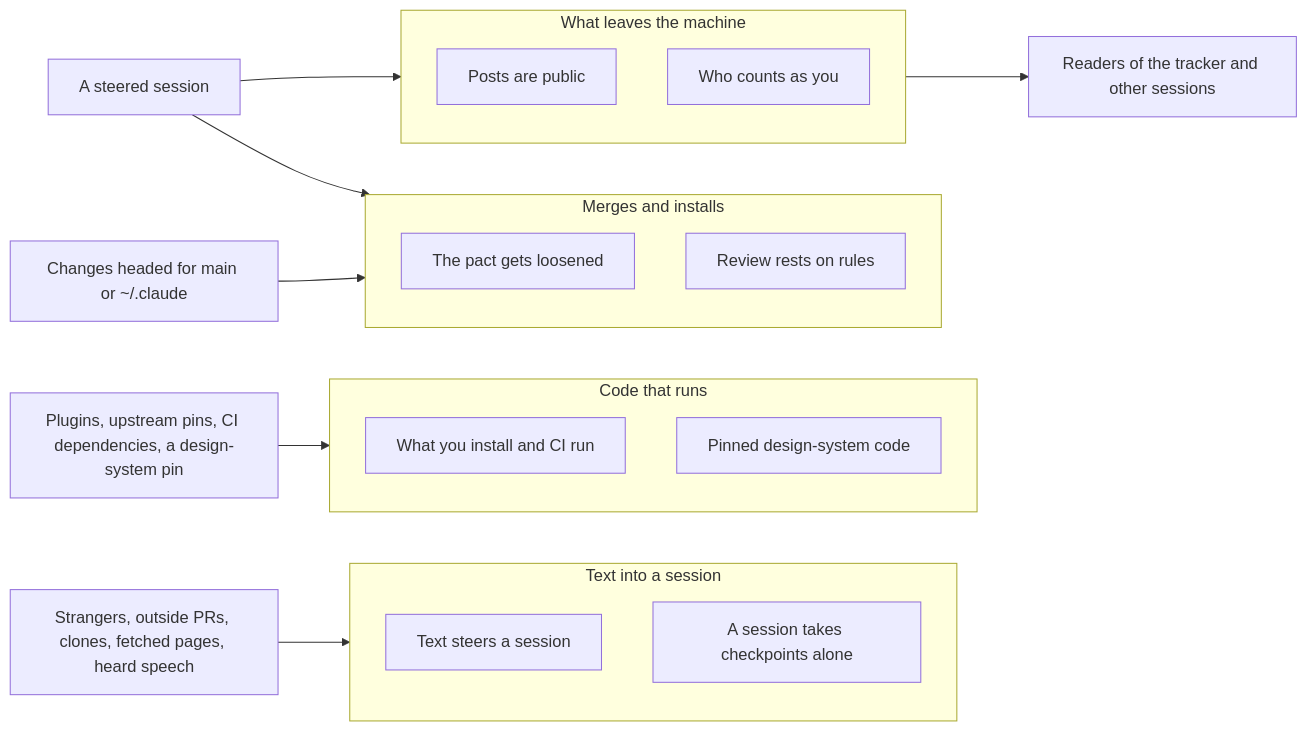
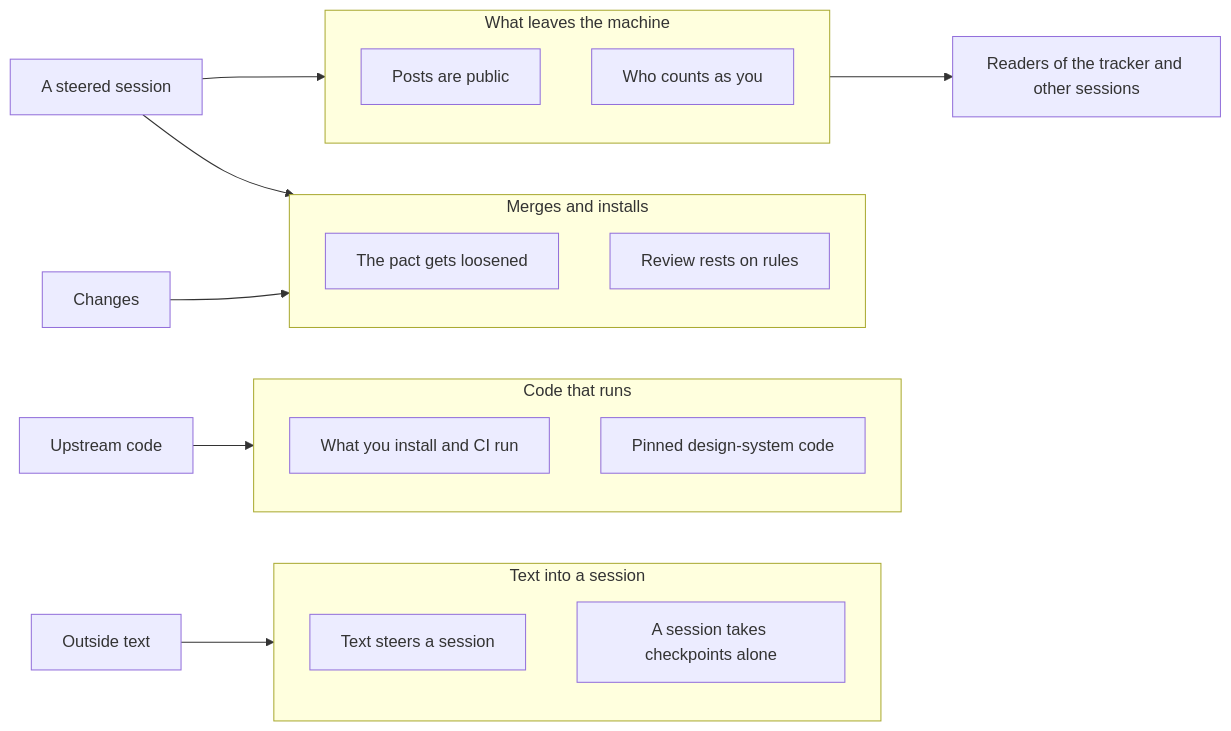
One commit to mephistopheles4/the-pact changed the diagram in docs/threat-model.md. Above: the diagram before and after it, drawn with Mermaid. The commit also changed other lines of this file, not shown here.

Commit message:
PACT-101: the threat model names the Claude workflows and their residuals

````diff
--- a/docs/threat-model.md
+++ b/docs/threat-model.md
@@ -33,33 +32,33 @@
 ```mermaid
 flowchart LR
-  outside["Strangers, outside PRs, clones, fetched pages, heard speech"]
-  upstream["Plugins, upstream pins, CI dependencies, a design-system pin"]
-  owner["Changes headed for main or ~/.claude"]
+  outside["Outside text"]
+  upstream["Upstream code"]
+  owner["Changes"]
   session["A steered session"]
   readers["Readers of the tracker and other sessions"]
 
   subgraph B1["Text into a session"]
     T1["Text steers a session"]
     T2["A session takes checkpoints alone"]
   end
   subgraph B2["Code that runs"]
     T3["What you install and CI run"]
     T4["Pinned design-system code"]
   end
   subgraph B3["Merges and installs"]
     T5["The pact gets loosened"]
     T6["Review rests on rules"]
   end
   subgraph B4["What leaves the machine"]
     T7["Posts are public"]
     T8["Who counts as you"]
   end
 
   outside --> B1
   upstream --> B2
   session --> B3
   owner --> B3
   session --> B4
   B4 --> readers
 
 ```
````
